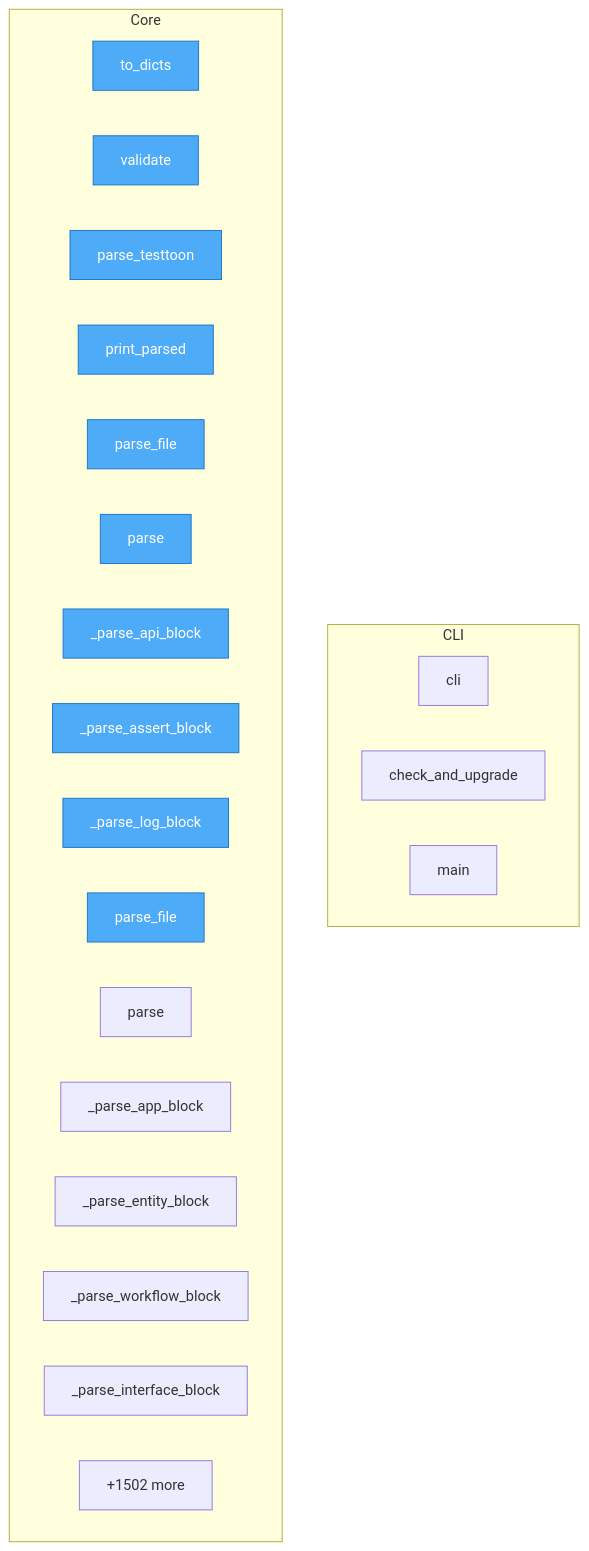
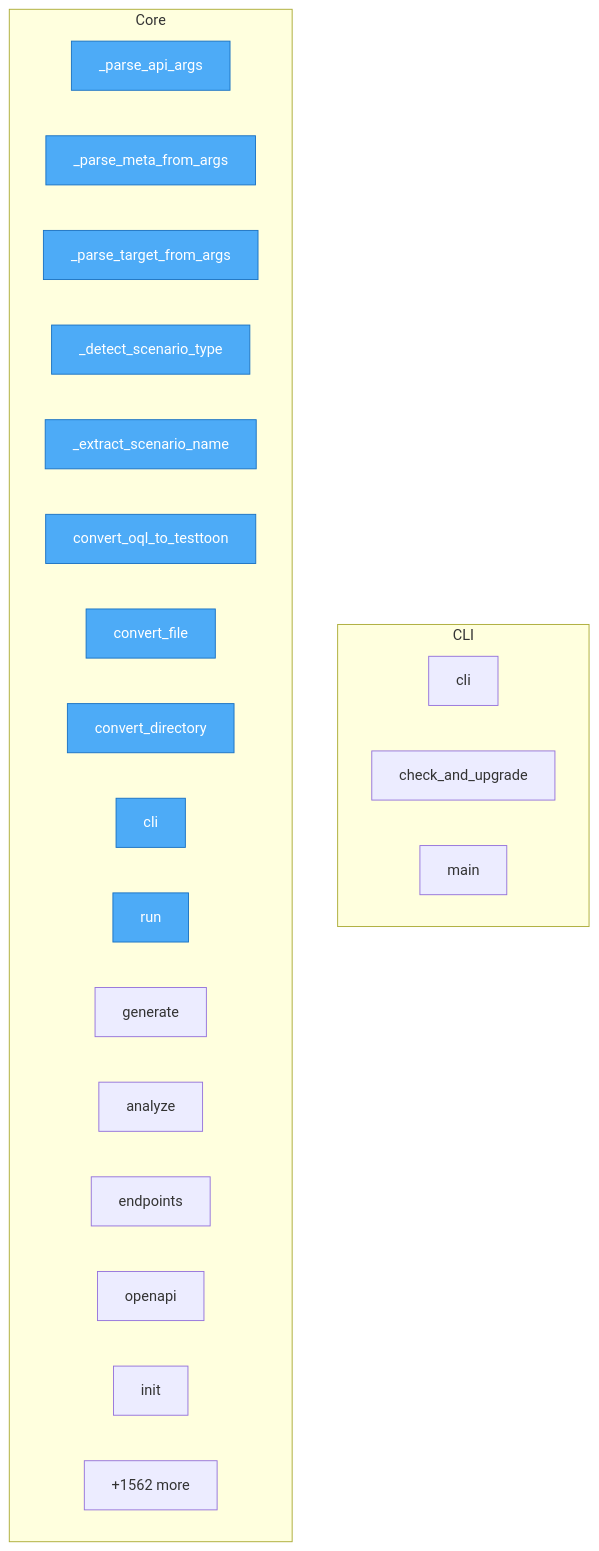
One commit to oqlos/testql changed the diagram in project/flow.mmd. Above: the diagram before and after it, drawn with Mermaid. The commit also changed 33 other files, not shown here.

```diff
--- a/project/flow.mmd
+++ b/project/flow.mmd
@@ -1,31 +1,31 @@
 flowchart TD
 
     %% Entry points (blue)
     classDef entry fill:#4dabf7,stroke:#1971c2,color:#fff
 
     subgraph CLI
         testql__cli__cli["cli"]
         testql__cli__check_and_upgrade["check_and_upgrade"]
         testql__cli__main["main"]
     end
 
     subgraph Core
-        TODO__testtoon_parser__Section__to_dicts["to_dicts"]
-        TODO__testtoon_parser__Section__validate["validate"]
-        TODO__testtoon_parser__parse_testtoon["parse_testtoon"]
-        TODO__testtoon_parser__print_parsed["print_parsed"]
-        testql__toon_parser__ToonParser__parse_file["parse_file"]
-        testql__toon_parser__ToonParser__parse["parse"]
-        testql__toon_parser__ToonParser___parse_api_block["_parse_api_block"]
-        testql__toon_parser__ToonParser___parse_assert_block["_parse_assert_block"]
-        testql__toon_parser__ToonParser___parse_log_block["_parse_log_block"]
-        testql__doql_parser__DoqlParser__parse_file["parse_file"]
-        testql__doql_parser__DoqlParser__parse["parse"]
-        testql__doql_parser__DoqlParser___parse_app_block["_parse_app_block"]
-        testql__doql_parser__DoqlParser___parse_entity_block["_parse_entity_block"]
-        testql__doql_parser__DoqlParser___parse_workflow_block["_parse_workflow_block"]
-        testql__doql_parser__DoqlParser___parse_interface_block["_parse_interface_block"]
-        ...["+1502 more"]
+        code2llm_output__map__toon___parse_api_args["_parse_api_args"]
+        code2llm_output__map__toon___parse_meta_from_args["_parse_meta_from_args"]
+        code2llm_output__map__toon___parse_target_from_args["_parse_target_from_args"]
+        code2llm_output__map__toon___detect_scenario_type["_detect_scenario_type"]
+        code2llm_output__map__toon___extract_scenario_name["_extract_scenario_name"]
+        code2llm_output__map__toon__convert_oql_to_testtoon["convert_oql_to_testtoon"]
+        code2llm_output__map__toon__convert_file["convert_file"]
+        code2llm_output__map__toon__convert_directory["convert_directory"]
+        code2llm_output__map__toon__cli["cli"]
+        code2llm_output__map__toon__run["run"]
+        code2llm_output__map__toon__generate["generate"]
+        code2llm_output__map__toon__analyze["analyze"]
+        code2llm_output__map__toon__endpoints["endpoints"]
+        code2llm_output__map__toon__openapi["openapi"]
+        code2llm_output__map__toon__init["init"]
+        ...["+1562 more"]
     end
 
-    class TODO__testtoon_parser__Section__to_dicts,TODO__testtoon_parser__Section__validate,TODO__testtoon_parser__parse_testtoon,TODO__testtoon_parser__print_parsed,testql__toon_parser__ToonParser__parse_file,testql__toon_parser__ToonParser__parse,testql__toon_parser__ToonParser___parse_api_block,testql__toon_parser__ToonParser___parse_assert_block,testql__toon_parser__ToonParser___parse_log_block,testql__doql_parser__DoqlParser__parse_file entry
+    class code2llm_output__map__toon___parse_api_args,code2llm_output__map__toon___parse_meta_from_args,code2llm_output__map__toon___parse_target_from_args,code2llm_output__map__toon___detect_scenario_type,code2llm_output__map__toon___extract_scenario_name,code2llm_output__map__toon__convert_oql_to_testtoon,code2llm_output__map__toon__convert_file,code2llm_output__map__toon__convert_directory,code2llm_output__map__toon__cli,code2llm_output__map__toon__run entry
```
